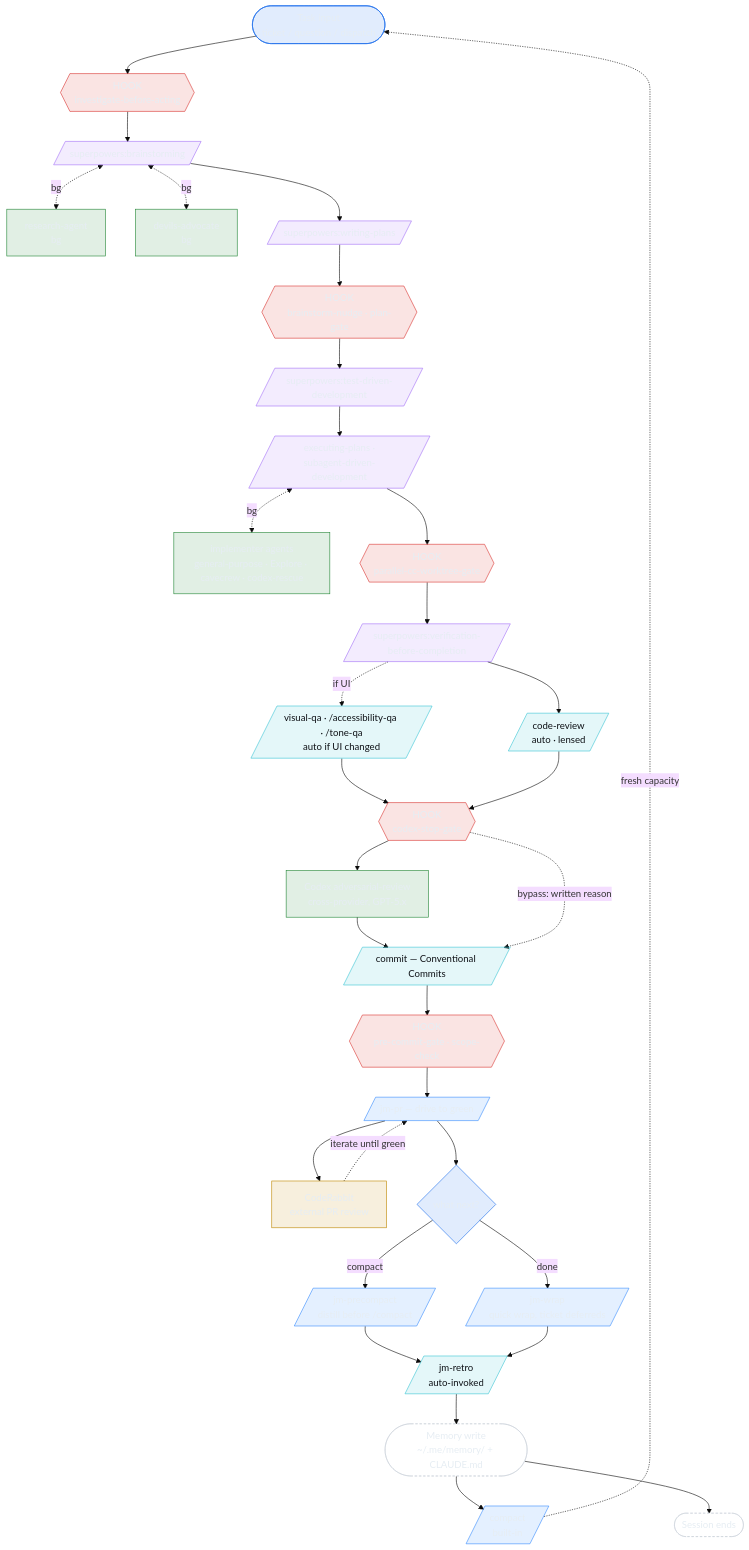
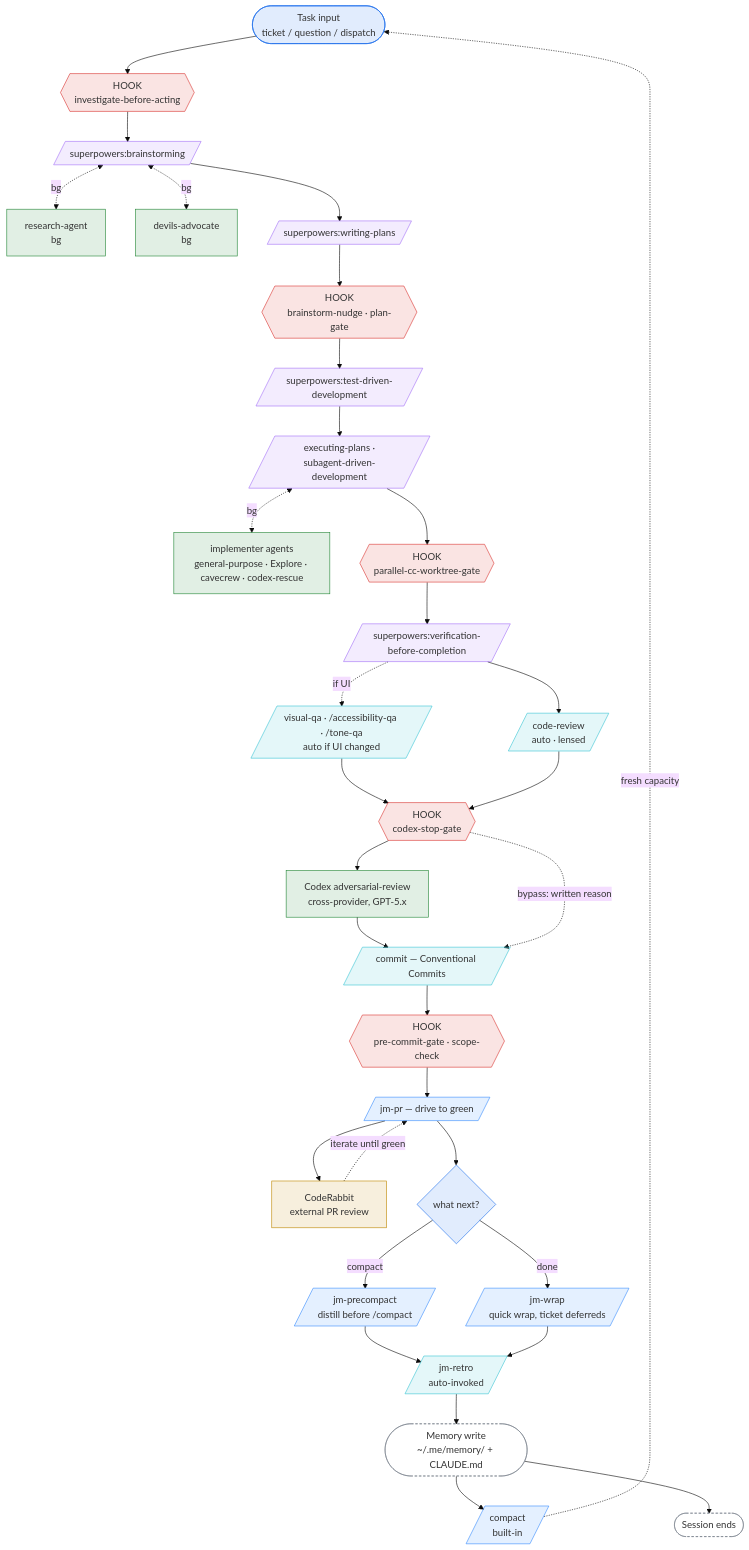
One commit to thebestmensch/jm-workflow changed the diagram in README.md. Above: the diagram before and after it, drawn with Mermaid (base theme). The commit also changed other lines of this file, not shown here.

Commit message:
fix(docs): make workflow mermaid readable on GitHub light theme (#18)
* fix(docs): make workflow mermaid readable on GitHub light theme

Previous classDef colors hard-coded `color:#e6edf3` (near-white), which
GitHub's default light-mode mermaid theme rendered as light-on-light —
all node text invisible. Drop the explicit `color:` so mermaid's theme
inheritance picks the contrasting text for the active theme (dark text
on light bg, light text on dark bg).

Also:
- Darken the `terminus` stroke from `#c9d1d9` to `#6e7681` so the dashed
  outcome shape is visible on a light background.
- Replace the prose "Reading the diagram" paragraph with a proper
  legend table — shape + color hex + meaning, scannable at a glance.

Verified locally with mermaid-cli 11.15.0 (default theme).

* docs: rename 'Outcome (not invoked)' legend entry per CR

Memory also uses the `terminus` style and is part of the normal flow
(it has outbound edges to Compact and EndNode), so "not invoked" was
misleading. Neutral label per CR suggestion.

````diff
--- a/README.md
+++ b/README.md
@@ -9,59 +9,59 @@
 ```mermaid
 flowchart TD
     Intake([Task input<br/>ticket / question / dispatch]):::start
     GateInvestigate{{HOOK<br/>investigate-before-acting}}:::hook
     Brainstorm[/superpowers:brainstorming/]:::skill
     Research[research-agent<br/>bg]:::agent
     Devils[devils-advocate<br/>bg]:::agent
     WritingPlans[/superpowers:writing-plans/]:::skill
     GatePlan{{HOOK<br/>brainstorm-nudge · plan-gate}}:::hook
     TDD[/superpowers:test-driven-development/]:::skill
     SDD[/executing-plans ·<br/>subagent-driven-development/]:::skill
     Implementers[implementer agents<br/>general-purpose · Explore · cavecrew · codex-rescue]:::agent
     GateWorktree{{HOOK<br/>parallel-cc-worktree-gate}}:::hook
     Verify[/superpowers:verification-before-completion/]:::skill
     CodeReview[/code-review<br/>auto · lensed/]:::autocmd
     UiQA[/visual-qa · /accessibility-qa · /tone-qa<br/>auto if UI changed/]:::autocmd
     GateCodex{{HOOK<br/>codex-stop-gate}}:::hook
     Codex[Codex adversarial-review<br/>cross-provider, GPT-5.x]:::agent
     Commit[/commit — Conventional Commits/]:::autocmd
     GateCommit{{HOOK<br/>pre-commit-gate · scope-check}}:::hook
     PR[/jm-pr — drive to green/]:::cmd
     CR[CodeRabbit<br/>external PR review]:::ext
     Decision{what next?}:::start
     Precompact[/jm-precompact<br/>distill before /compact/]:::cmd
     Wrap[/jm-wrap<br/>quick wrap, ticket deferreds/]:::cmd
     Retro[/jm-retro<br/>auto-invoked/]:::autocmd
     Memory([Memory write<br/>~/.me/memory/ + CLAUDE.md]):::terminus
     Compact[/compact<br/>built-in/]:::cmd
     EndNode([Session ends]):::terminus
 
     Intake --> GateInvestigate --> Brainstorm
     Brainstorm <-.bg.-> Research
     Brainstorm <-.bg.-> Devils
     Brainstorm --> WritingPlans --> GatePlan --> TDD --> SDD
     SDD <-.bg.-> Implementers
     SDD --> GateWorktree --> Verify --> CodeReview
     Verify -.if UI.-> UiQA --> GateCodex
     CodeReview --> GateCodex --> Codex --> Commit
     GateCodex -.bypass: written reason.-> Commit
     Commit --> GateCommit --> PR
     PR --> CR
     CR -.iterate until green.-> PR
     PR --> Decision
     Decision -- compact --> Precompact --> Retro
     Decision -- done --> Wrap --> Retro
     Retro --> Memory
     Memory --> Compact
     Memory --> EndNode
     Compact -.fresh capacity.-> Intake
 
-    classDef start fill:#1f6feb22,stroke:#1f6feb,color:#e6edf3
-    classDef terminus fill:transparent,stroke:#c9d1d9,stroke-dasharray:4 3,color:#e6edf3
-    classDef skill fill:#a371f722,stroke:#a371f7,color:#e6edf3
-    classDef cmd fill:#388bfd22,stroke:#388bfd,color:#e6edf3
-    classDef autocmd fill:#39c5d422,stroke:#39c5d4,color:#0e1116
-    classDef agent fill:#23863622,stroke:#238636,color:#e6edf3
-    classDef ext fill:#bf870022,stroke:#bf8700,color:#e6edf3
-    classDef hook fill:#da363322,stroke:#da3633,color:#e6edf3
+    classDef start fill:#1f6feb22,stroke:#1f6feb
+    classDef terminus fill:transparent,stroke:#6e7681,stroke-dasharray:4 3
+    classDef skill fill:#a371f722,stroke:#a371f7
+    classDef cmd fill:#388bfd22,stroke:#388bfd
+    classDef autocmd fill:#39c5d422,stroke:#39c5d4
+    classDef agent fill:#23863622,stroke:#238636
+    classDef ext fill:#bf870022,stroke:#bf8700
+    classDef hook fill:#da363322,stroke:#da3633
 ```
````
